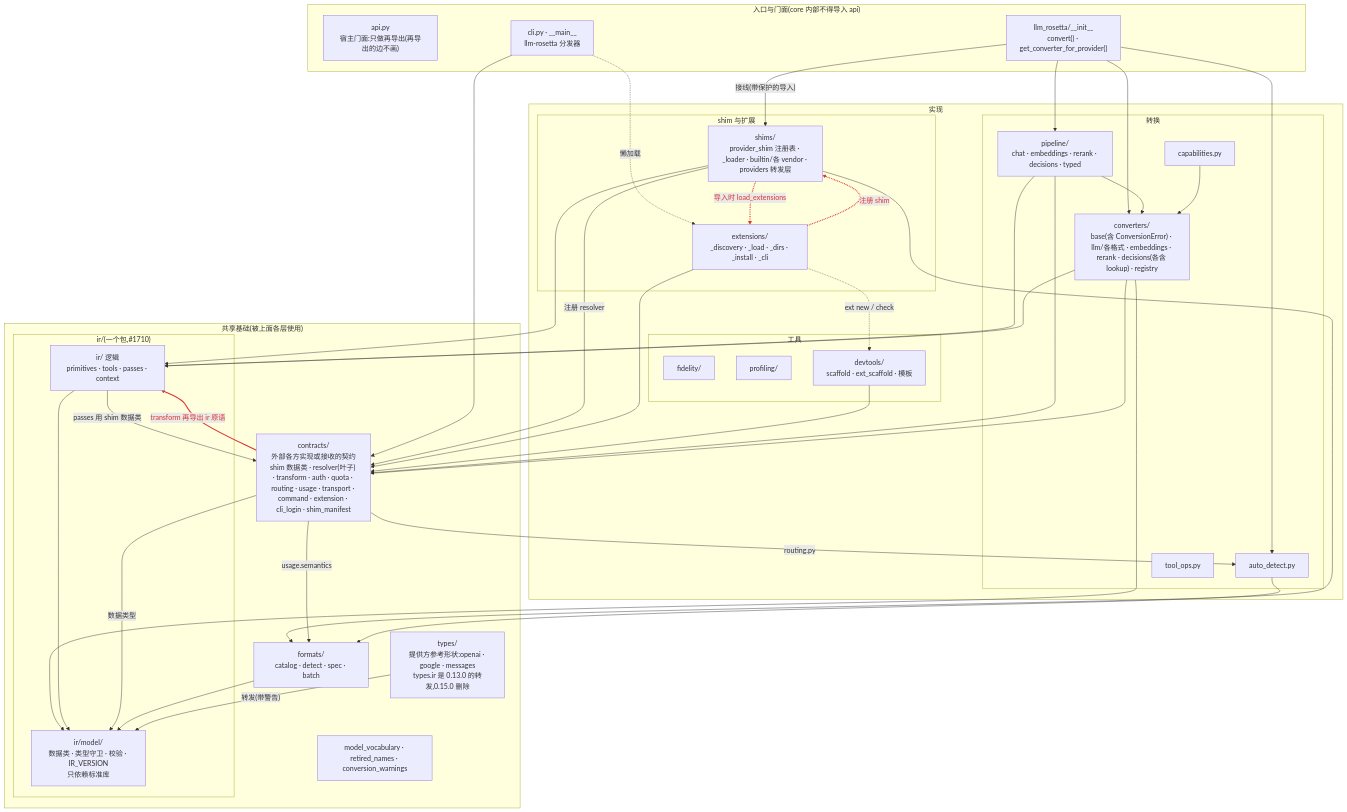
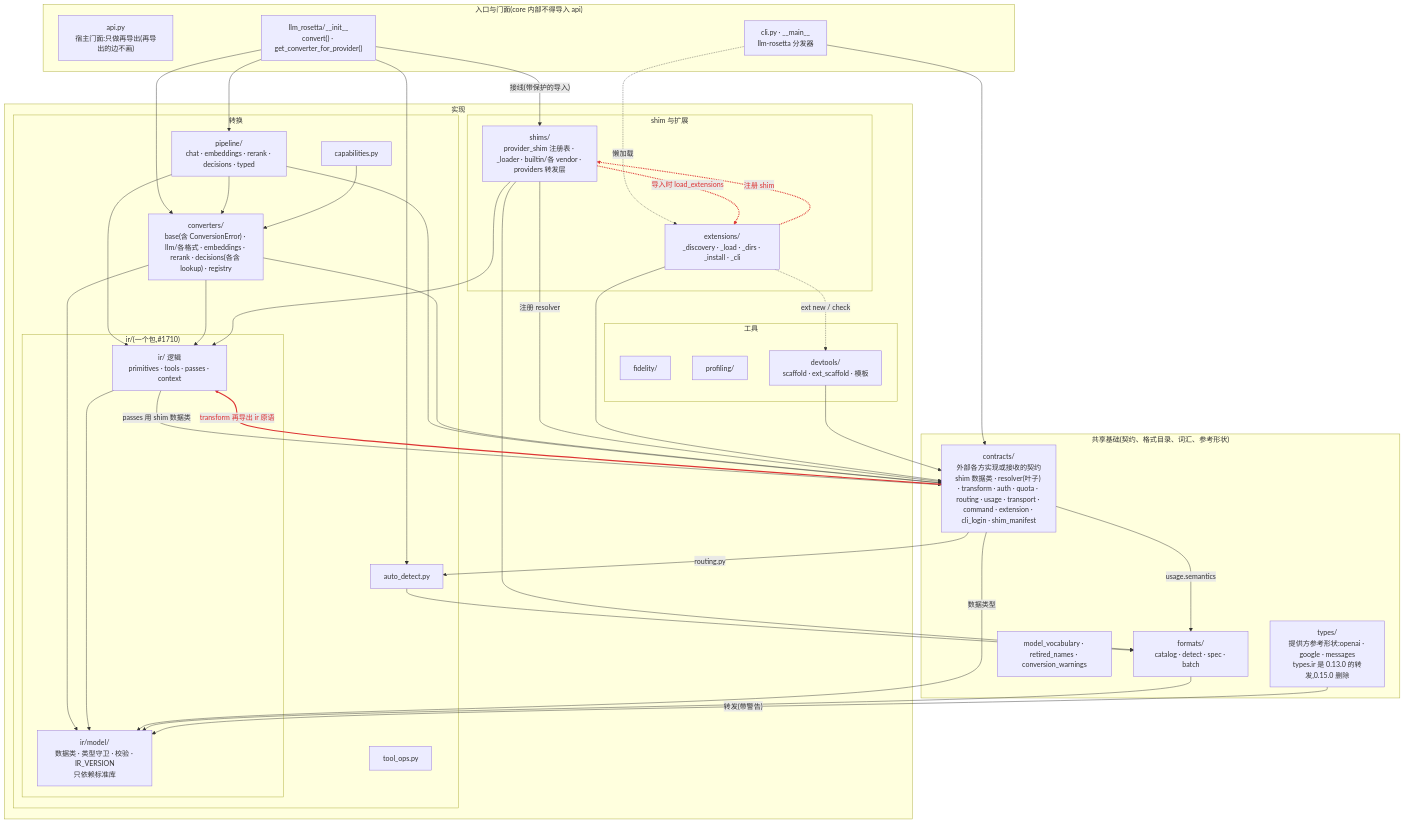
Before and after one commit to Oaklight/llm-rosetta: the diagram in core.mmd, drawn with Mermaid. The commit also changed 3 other files, not shown here.

```diff
--- a/core.mmd
+++ b/core.mmd
@@ -1,70 +1,70 @@
 flowchart TB
   subgraph FACADE["入口与门面(core 内部不得导入 api)"]
     API["api.py<br/>宿主门面:只做再导出(再导出的边不画)"]
     INIT["llm_rosetta/__init__<br/>convert() · get_converter_for_provider()"]
     CLI["cli.py · __main__<br/>llm-rosetta 分发器"]
   end
   subgraph IMPL["实现"]
     subgraph CONV["转换"]
+      subgraph IRCORE["ir/(一个包,#1710)"]
+        IRMODEL["ir/model/<br/>数据类 · 类型守卫 · 校验 · IR_VERSION<br/>只依赖标准库"]
+        IROPS["ir/ 逻辑<br/>primitives · tools · passes · context"]
+      end
       PIPE["pipeline/<br/>chat · embeddings · rerank · decisions · typed"]
       CVT["converters/<br/>base(含 ConversionError) · llm/各格式 · embeddings · rerank · decisions(各含 lookup) · registry"]
       DET["auto_detect.py"]
       CAP["capabilities.py"]
       TOOL["tool_ops.py"]
     end
     subgraph SHIMEXT["shim 与扩展"]
       SHIM["shims/<br/>provider_shim 注册表 · _loader · builtin/各 vendor · providers 转发层"]
       EXTS["extensions/<br/>_discovery · _load · _dirs · _install · _cli"]
     end
     subgraph TOOLS["工具"]
       FID["fidelity/"]
       PROF["profiling/"]
       DEV["devtools/<br/>scaffold · ext_scaffold · 模板"]
     end
   end
-  subgraph FOUND["共享基础(被上面各层使用)"]
-    subgraph IRCORE["ir/(一个包,#1710)"]
-      IRMODEL["ir/model/<br/>数据类 · 类型守卫 · 校验 · IR_VERSION<br/>只依赖标准库"]
-      IROPS["ir/ 逻辑<br/>primitives · tools · passes · context"]
-    end
+  subgraph FOUND["共享基础(契约、格式目录、词汇、参考形状)"]
     CON["contracts/<br/>外部各方实现或接收的契约<br/>shim 数据类 · resolver(叶子) · transform · auth · quota · routing · usage · transport · command · extension · cli_login · shim_manifest"]
     FMT["formats/<br/>catalog · detect · spec · batch"]
     VOCAB["model_vocabulary · retired_names · conversion_warnings"]
     REF["types/<br/>提供方参考形状:openai · google · messages<br/>types.ir 是 0.13.0 的转发,0.15.0 删除"]
   end
 
 
   INIT --> PIPE
   INIT --> CVT
   INIT -->|"接线(带保护的导入)"| SHIM
   INIT --> DET
   CLI --> CON
   CLI -.->|"懒加载"| EXTS
   PIPE --> CVT
   PIPE --> IROPS
   PIPE --> CON
   CVT --> IROPS
   CVT --> IRMODEL
   CVT --> CON
   IROPS --> IRMODEL
   IROPS -->|"passes 用 shim 数据类"| CON
   SHIM --> IROPS
   SHIM -->|"注册 resolver"| CON
   SHIM --> FMT
   SHIM -.->|"导入时 load_extensions"| EXTS
   EXTS -.->|"注册 shim"| SHIM
   EXTS --> CON
   EXTS -.->|"ext new / check"| DEV
   CON -->|"数据类型"| IRMODEL
   CON -->|"usage.semantics"| FMT
   CON -->|"routing.py"| DET
   CON -->|"transform 再导出 ir 原语"| IROPS
   DET --> FMT
   FMT --> IRMODEL
   CAP --> CVT
   DEV --> CON
   REF -->|"转发(带警告)"| IRMODEL
 
   linkStyle 17 stroke:#d33,stroke-width:2.5px,color:#d33
   linkStyle 18 stroke:#d33,stroke-width:2.5px,color:#d33
   linkStyle 24 stroke:#d33,stroke-width:2.5px,color:#d33
```
